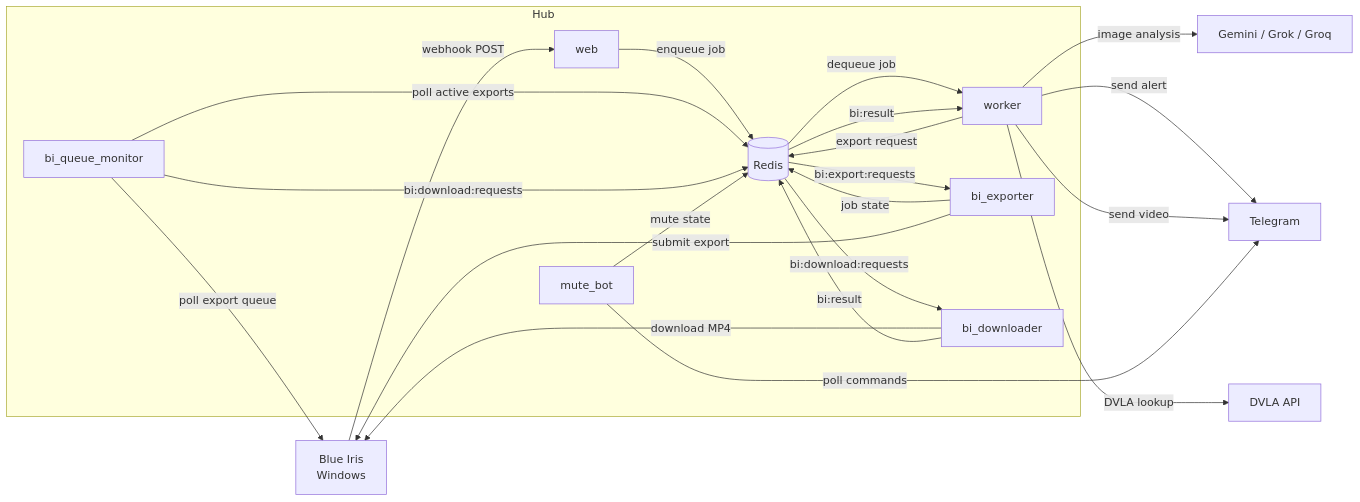
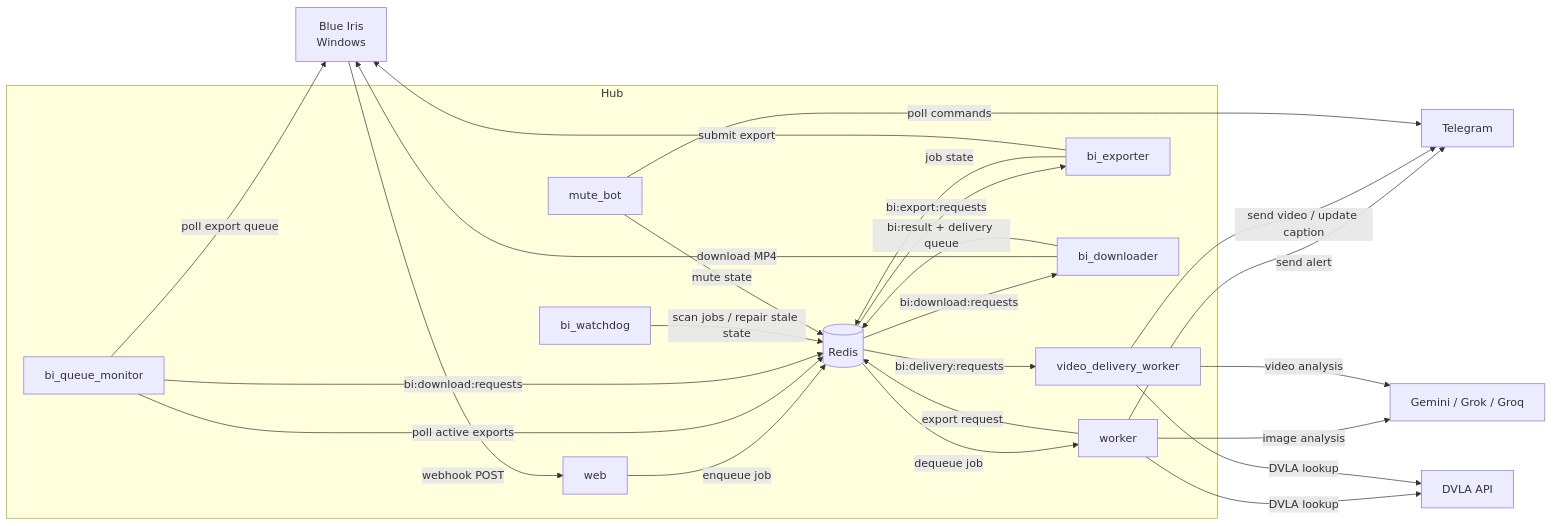
The first of 2 diagrams in README.md (slflowfoon/blueiris-ai-hub), drawn with Mermaid before and after one commit. The commit also changed other lines of this file and 10 other files, not shown here.

Commit message:
Add BI watchdog and asynchronous Telegram video delivery

````diff
--- a/README.md
+++ b/README.md
@@ -158,37 +160,42 @@
 ```mermaid
 graph LR
     BI[Blue Iris\nWindows]
     subgraph Hub
         web
         worker
         bi_exporter
         bi_queue_monitor
         bi_downloader
+        bi_watchdog
+        video_delivery_worker
         mute_bot
         redis[(Redis)]
     end
     TG[Telegram]
     AI[Gemini / Grok / Groq]
     DVLA[DVLA API]
 
     BI -->|webhook POST| web
     web -->|enqueue job| redis
     redis -->|dequeue job| worker
     worker -->|image analysis| AI
     worker -->|send alert| TG
     worker -->|DVLA lookup| DVLA
     worker -->|export request| redis
     redis -->|bi:export:requests| bi_exporter
     bi_exporter -->|job state| redis
     bi_exporter -->|submit export| BI
     bi_queue_monitor -->|poll active exports| redis
     bi_queue_monitor -->|poll export queue| BI
     bi_queue_monitor -->|bi:download:requests| redis
     redis -->|bi:download:requests| bi_downloader
     bi_downloader -->|download MP4| BI
-    bi_downloader -->|bi:result| redis
-    redis -->|bi:result| worker
-    worker -->|send video| TG
+    bi_downloader -->|bi:result + delivery queue| redis
+    redis -->|bi:delivery:requests| video_delivery_worker
+    video_delivery_worker -->|send video / update caption| TG
+    video_delivery_worker -->|video analysis| AI
+    video_delivery_worker -->|DVLA lookup| DVLA
+    bi_watchdog -->|scan jobs / repair stale state| redis
     mute_bot -->|poll commands| TG
     mute_bot -->|mute state| redis
 ```
````
